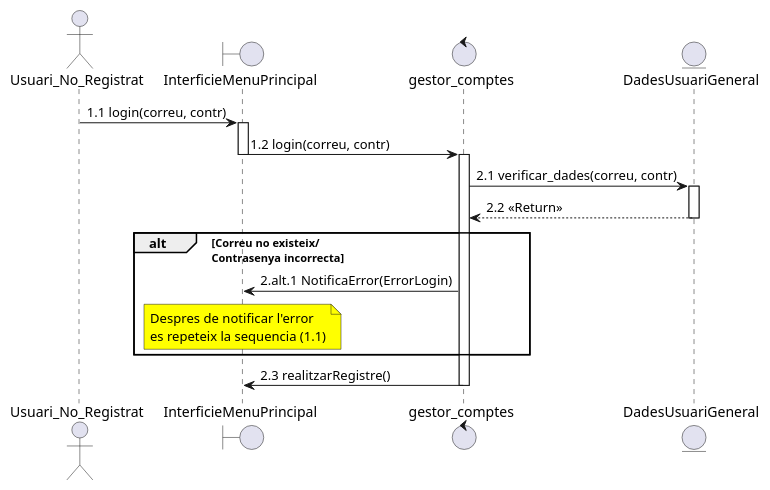
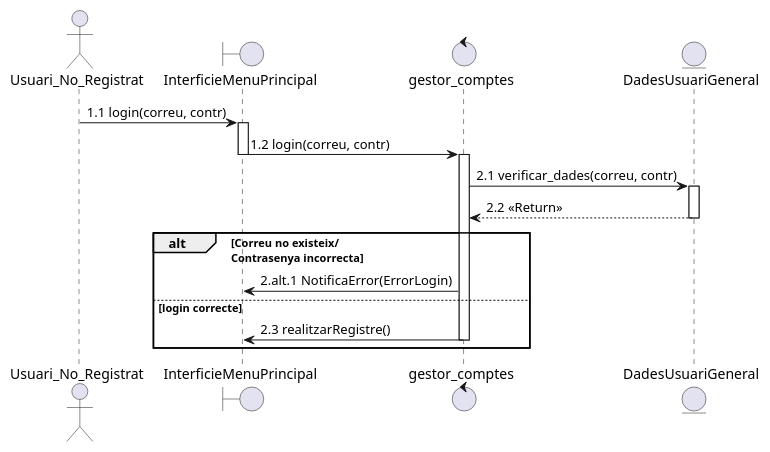
One commit to martipages/ES23UAB431-02 changed the diagram in documents/Diagrames i Especificacions/Seqüencia/ALEJANDRO/4- Login.puml. Above: the diagram before and after it, drawn with PlantUML. The commit also changed 11 other files, not shown here.

```diff
--- a/documents/Diagrames i Especificacions/Seqüencia/ALEJANDRO/4- Login.puml
+++ b/documents/Diagrames i Especificacions/Seqüencia/ALEJANDRO/4- Login.puml
@@ -1,21 +1,19 @@
 @startuml
 
 actor Usuari_No_Registrat as UsuariN
 boundary InterficieMenuPrincipal as interficie
 control gestor_comptes as gestor
 entity DadesUsuariGeneral as correu
 
 
 UsuariN -> interficie ++: 1.1 login(correu, contr)
 interficie -> gestor --++: 1.2 login(correu, contr)
 gestor -> correu ++: 2.1 verificar_dades(correu, contr)
 correu --> gestor --: 2.2 <<Return>>
 alt Correu no existeix/ \nContrasenya incorrecta
    gestor -> interficie : 2.alt.1 NotificaError(ErrorLogin)
-   note over interficie #yellow : Despres de notificar l'error\nes repeteix la sequencia (1.1)
+else login correcte
+gestor -> interficie --: 2.3 realitzarRegistre()
 end
 
-gestor -> interficie --: 2.3 realitzarRegistre()
-
-
 @enduml
```
